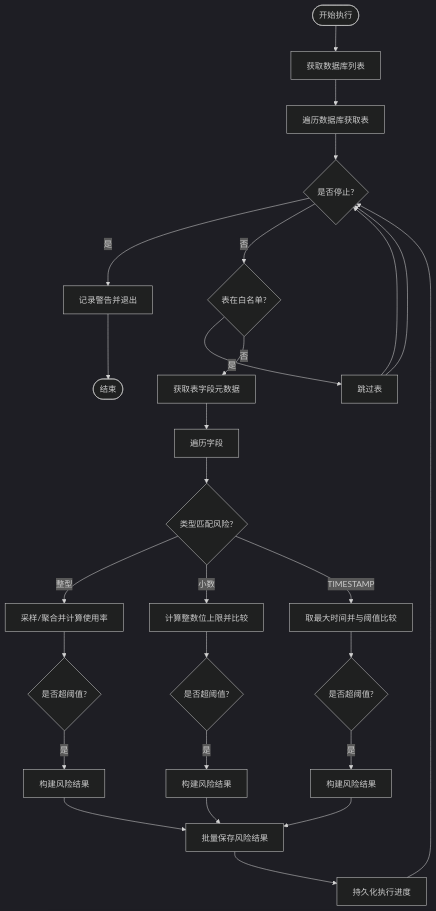
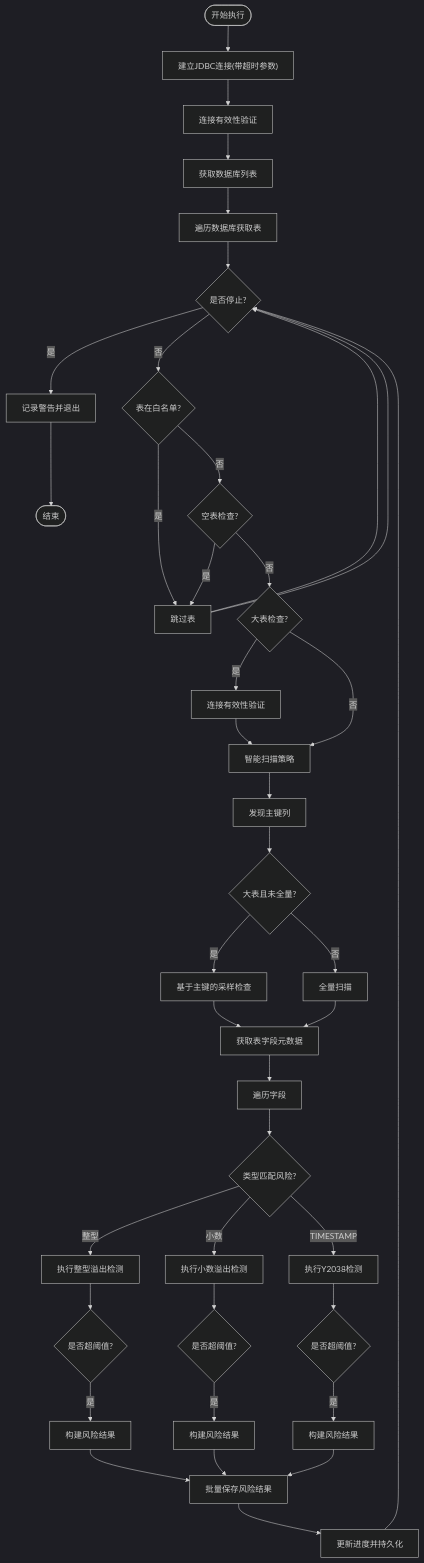
The third of 8 diagrams in .qoder/repowiki/zh/content/核心功能模块/风险检测引擎.md (zzjxmy/mysql-risk-filed-check), drawn with Mermaid (dark theme) before and after one commit. The commit also changed other lines of this file and 6 other files, not shown here.

````diff
--- a/.qoder/repowiki/zh/content/核心功能模块/风险检测引擎.md
+++ b/.qoder/repowiki/zh/content/核心功能模块/风险检测引擎.md
@@ -164,28 +207,41 @@
 ```mermaid
 flowchart TD
-Start(["开始执行"]) --> Dbs["获取数据库列表"]
+Start(["开始执行"]) --> Conn["建立JDBC连接(带超时参数)"]
+Conn --> Valid["连接有效性验证"]
+Valid --> Dbs["获取数据库列表"]
 Dbs --> Tables["遍历数据库获取表"]
 Tables --> LoopTbl{"是否停止?"}
 LoopTbl --> |是| Stop["记录警告并退出"]
 LoopTbl --> |否| Whitelisted{"表在白名单?"}
 Whitelisted --> |是| NextTbl["跳过表"] --> LoopTbl
-Whitelisted --> |否| Columns["获取表字段元数据"]
+Whitelisted --> |否| EmptyCheck{"空表检查?"}
+EmptyCheck --> |是| NextTbl
+EmptyCheck --> |否| LargeCheck{"大表检查?"}
+LargeCheck --> |是| ValidCheck["连接有效性验证"]
+LargeCheck --> |否| Strategy["智能扫描策略"]
+ValidCheck --> Strategy
+Strategy --> PrimaryKey["发现主键列"]
+PrimaryKey --> UseSampling{"大表且未全量?"}
+UseSampling --> |是| Sampling["基于主键的采样检查"]
+UseSampling --> |否| FullScan["全量扫描"]
+Sampling --> Columns["获取表字段元数据"]
+FullScan --> Columns
 Columns --> LoopCol["遍历字段"]
 LoopCol --> TypeCheck{"类型匹配风险?"}
-TypeCheck --> |整型| IntCheck["采样/聚合并计算使用率"]
-TypeCheck --> |小数| DecCheck["计算整数位上限并比较"]
-TypeCheck --> |TIMESTAMP| Y2038["取最大时间并与阈值比较"]
+TypeCheck --> |整型| IntCheck["执行整型溢出检测"]
+TypeCheck --> |小数| DecCheck["执行小数溢出检测"]
+TypeCheck --> |TIMESTAMP| Y2038["执行Y2038检测"]
 IntCheck --> RiskInt{"是否超阈值?"}
 DecCheck --> RiskDec{"是否超阈值?"}
 Y2038 --> RiskY{"是否超阈值?"}
 RiskInt --> |是| SaveInt["构建风险结果"]
 RiskDec --> |是| SaveDec["构建风险结果"]
 RiskY --> |是| SaveY["构建风险结果"]
-SaveInt --> Persist["批量保存风险结果"]
-SaveDec --> Persist
-SaveY --> Persist
-Persist --> Progress["持久化执行进度"]
+SaveInt --> BatchSave["批量保存风险结果"]
+SaveDec --> BatchSave
+SaveY --> BatchSave
+BatchSave --> Progress["更新进度并持久化"]
 Progress --> LoopTbl
 NextTbl --> LoopTbl
 Stop --> End(["结束"])
 ```
````
